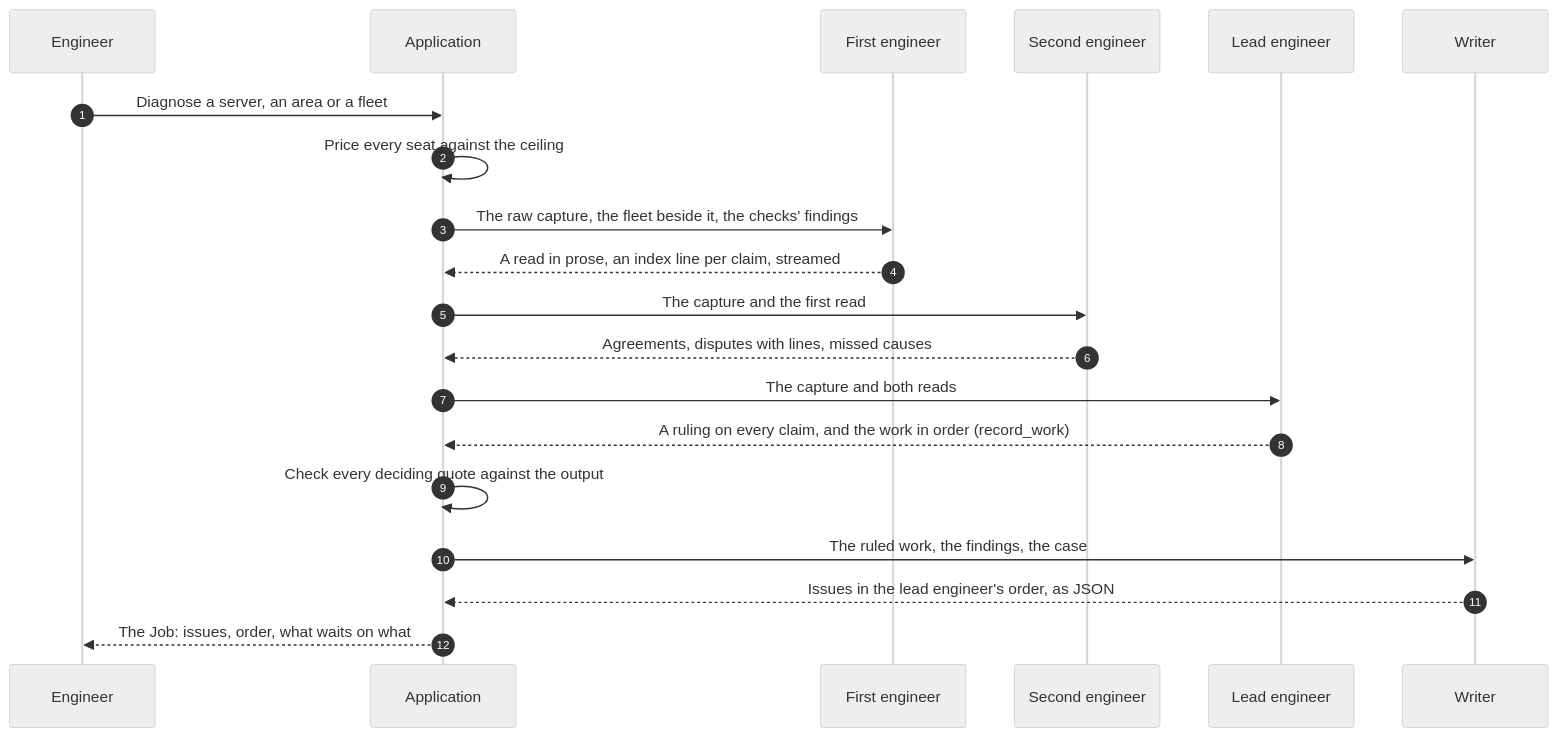
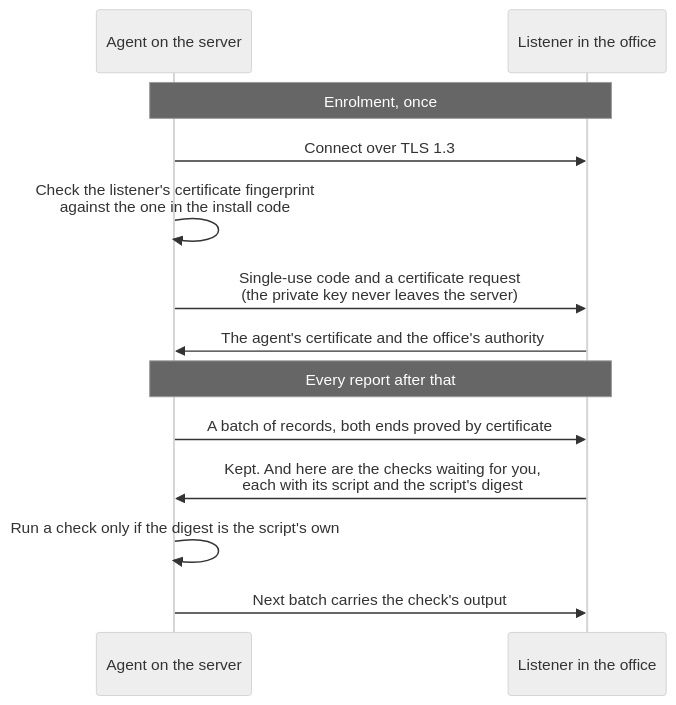
Before and after one commit to RyanH-sudo/ninjatoolkit-case-study: the third of 5 diagrams in CASE_STUDY.md, drawn with Mermaid (neutral theme). The commit also changed other lines of this file and 43 other files, not shown here.

````diff
--- a/CASE_STUDY.md
+++ b/CASE_STUDY.md
@@ -723,22 +642,15 @@
 ```mermaid
 sequenceDiagram
-    autonumber
-    participant E as Engineer
-    participant A as Application
-    participant P as First engineer
-    participant C as Second engineer
-    participant R as Lead engineer
-    participant W as Writer
-    E->>A: Diagnose a server, an area or a fleet
-    A->>A: Price every seat against the ceiling
-    A->>P: The raw capture, the fleet beside it, the checks' findings
-    P-->>A: A read in prose, an index line per claim, streamed
-    A->>C: The capture and the first read
-    C-->>A: Agreements, disputes with lines, missed causes
-    A->>R: The capture and both reads
-    R-->>A: A ruling on every claim, and the work in order (record_work)
-    A->>A: Check every deciding quote against the output
-    A->>W: The ruled work, the findings, the case
-    W-->>A: Issues in the lead engineer's order, as JSON
-    A-->>E: The Job: issues, order, what waits on what
+    participant A as Agent on the server
+    participant L as Listener in the office
+    Note over A,L: Enrolment, once
+    A->>L: Connect over TLS 1.3
+    A->>A: Check the listener's certificate fingerprint<br/>against the one in the install code
+    A->>L: Single-use code and a certificate request<br/>(the private key never leaves the server)
+    L->>A: The agent's certificate and the office's authority
+    Note over A,L: Every report after that
+    A->>L: A batch of records, both ends proved by certificate
+    L->>A: Kept. And here are the checks waiting for you,<br/>each with its script and the script's digest
+    A->>A: Run a check only if the digest is the script's own
+    A->>L: Next batch carries the check's output
 ```
````
